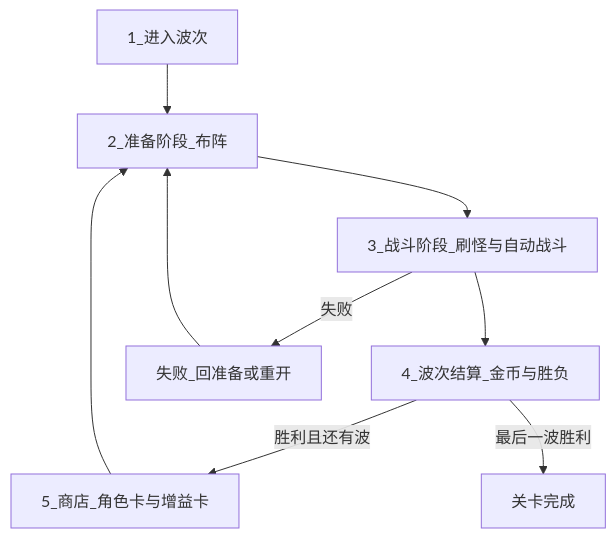
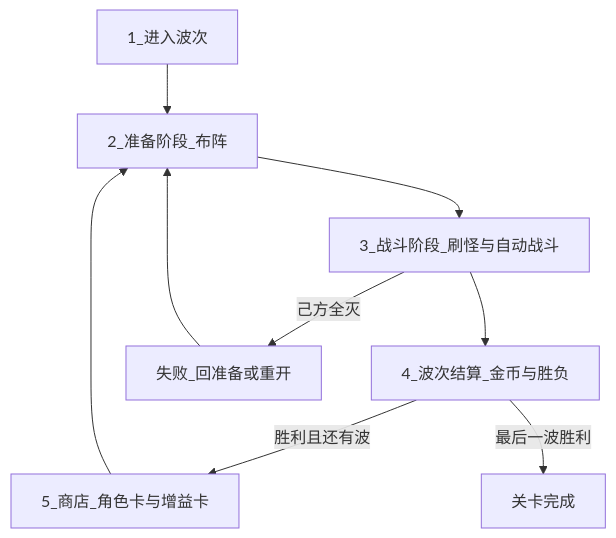
One commit to Kanerickyz/Godot-Project---Clash-royale-like-Game changed the second of 2 diagrams in Documents/GAME_VISION.md. Above: the diagram before and after it, drawn with Mermaid. The commit also changed other lines of this file and 7 other files, not shown here.

````diff
--- a/Documents/GAME_VISION.md
+++ b/Documents/GAME_VISION.md
@@ -100,11 +115,11 @@
 ```mermaid
 flowchart TD
     enterWave[1_进入波次] --> prepare[2_准备阶段_布阵]
     prepare --> combat[3_战斗阶段_刷怪与自动战斗]
     combat --> resolve[4_波次结算_金币与胜负]
     resolve -->|胜利且还有波| shop[5_商店_角色卡与增益卡]
     shop --> prepare
     resolve -->|最后一波胜利| levelWin[关卡完成]
-    combat -->|失败| defeat[失败_回准备或重开]
+    combat -->|己方全灭| defeat[失败_回准备或重开]
     defeat --> prepare
 ```
````
